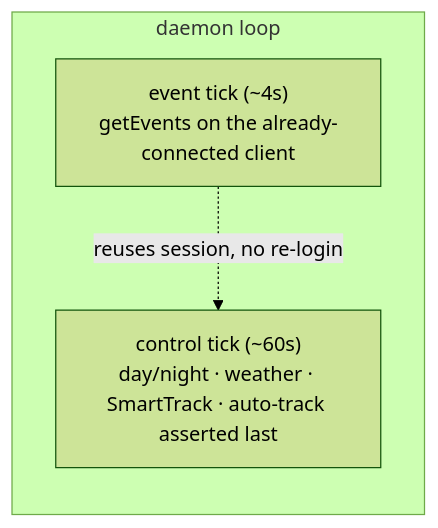
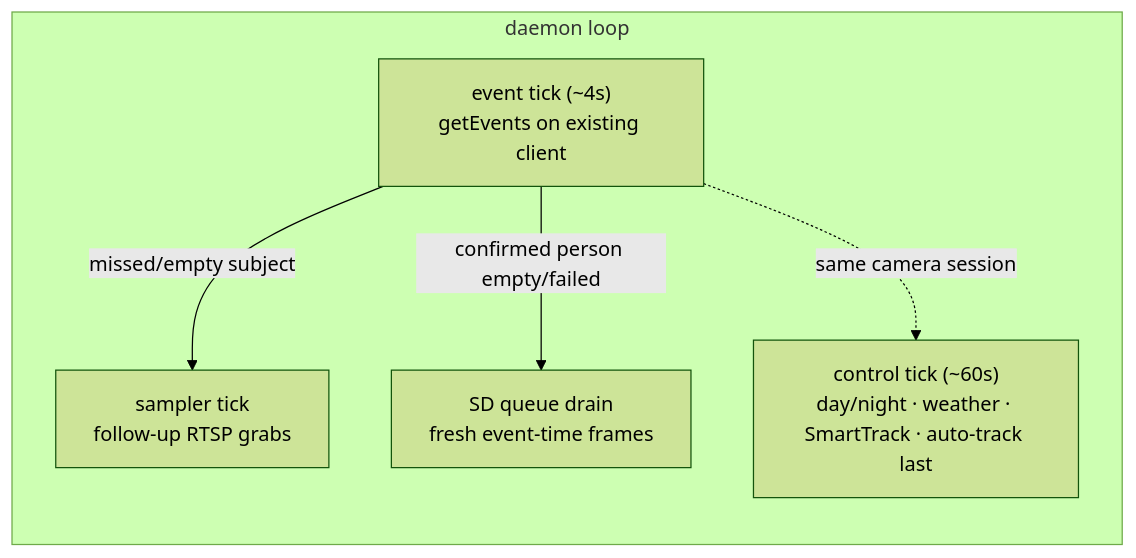
Before and after one commit to PeterkoCZ91/tapo-monitoring: the third of 3 diagrams in README.md, drawn with Mermaid (forest theme). The commit also changed other lines of this file and 28 other files, not shown here.

````diff
--- a/README.md
+++ b/README.md
@@ -118,9 +143,13 @@
 ```mermaid
 flowchart LR
     subgraph loop["daemon loop"]
       direction TB
-      E["event tick (~4s)<br/>getEvents on the already-connected client"]
-      C["control tick (~60s)<br/>day/night · weather · SmartTrack · auto-track asserted last"]
+      E["event tick (~4s)<br/>getEvents on existing client"]
+      S["sampler tick<br/>follow-up RTSP grabs"]
+      SD["SD queue drain<br/>fresh event-time frames"]
+      C["control tick (~60s)<br/>day/night · weather · SmartTrack · auto-track last"]
     end
-    E -. reuses session, no re-login .-> C
+    E -->|"missed/empty subject"| S
+    E -->|"confirmed person empty/failed"| SD
+    E -. "same camera session" .-> C
 ```
````
